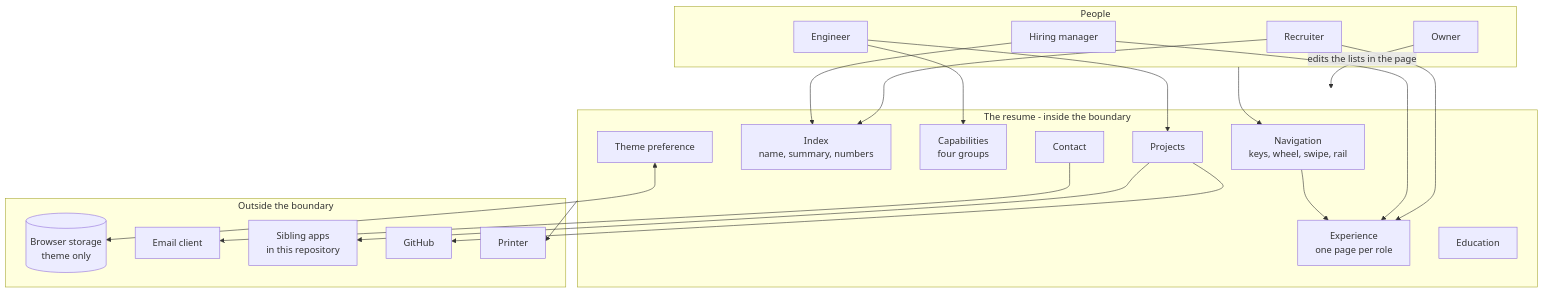
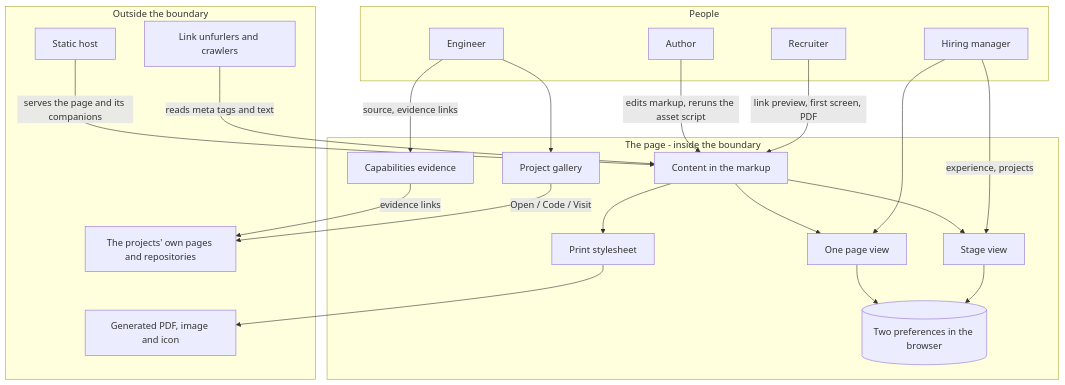
One commit to MoAbboud/PortFolio changed the diagram in resume/requirements/02-interaction.md. Above: the diagram before and after it, drawn with Mermaid. The commit also changed other lines of this file and 6 other files, not shown here.

Commit message:
resume: rewrite requirements docs around the current page

````diff
--- a/resume/requirements/02-interaction.md
+++ b/resume/requirements/02-interaction.md
@@ -20,45 +17,43 @@
 ```mermaid
 flowchart TB
-    subgraph people[People]
-        REC[Recruiter]
-        ENG[Engineer]
-        MGR[Hiring manager]
-        OWN[Owner]
+    subgraph readers[People]
+        R[Recruiter]
+        H[Hiring manager]
+        E[Engineer]
+        A[Author]
     end
 
-    subgraph sys[The resume - inside the boundary]
-        NAV[Navigation<br/>keys, wheel, swipe, rail]
-        IDX[Index<br/>name, summary, numbers]
-        EXP[Experience<br/>one page per role]
-        CAP[Capabilities<br/>four groups]
-        PRJ[Projects]
-        EDU[Education]
-        CON[Contact]
-        THEME[Theme preference]
+    subgraph page[The page - inside the boundary]
+        DOC[Content in the markup]
+        STAGE[Stage view]
+        ONE[One page view]
+        GAL[Project gallery]
+        CAP[Capabilities evidence]
+        PRINT[Print stylesheet]
+        PREF[(Two preferences in the browser)]
     end
 
-    subgraph out[Outside the boundary]
-        PREF[(Browser storage<br/>theme only)]
-        MAIL[Email client]
-        SIB[Sibling apps<br/>in this repository]
-        GH[GitHub]
-        PRN[Printer]
+    subgraph outside[Outside the boundary]
+        UNF[Link unfurlers and crawlers]
+        HOST[Static host]
+        APPS[The projects' own pages and repositories]
+        PDF[Generated PDF, image and icon]
     end
 
-    REC --> IDX
-    REC --> EXP
-    ENG --> CAP
-    ENG --> PRJ
-    MGR --> IDX
-    MGR --> EXP
-    OWN -->|edits the lists in the page| sys
-
-    people --> NAV
-    NAV --> EXP
-
-    THEME <--> PREF
-    CON --> MAIL
-    PRJ --> SIB
-    PRJ --> GH
-    sys --> PRN
+    R -->|link preview, first screen, PDF| DOC
+    H -->|experience, projects| STAGE
+    H --> ONE
+    E -->|source, evidence links| CAP
+    E --> GAL
+    A -->|edits markup, reruns the asset script| DOC
+    DOC --> STAGE
+    DOC --> ONE
+    DOC --> PRINT
+    STAGE --> PREF
+    ONE --> PREF
+    GAL -->|Open / Code / Visit| APPS
+    CAP -->|evidence links| APPS
+    UNF -->|reads meta tags and text| DOC
+    PRINT --> PDF
+    HOST -->|serves the page and its companions| DOC
 ```
````
